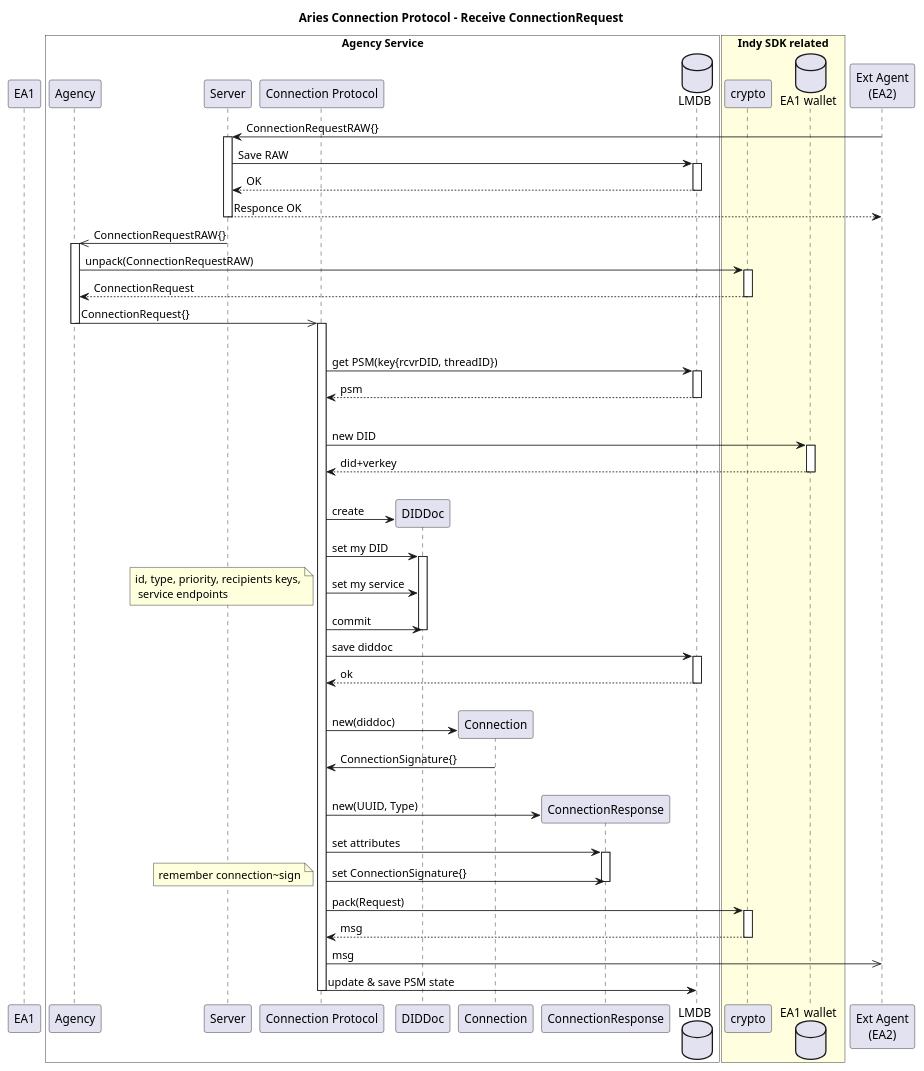
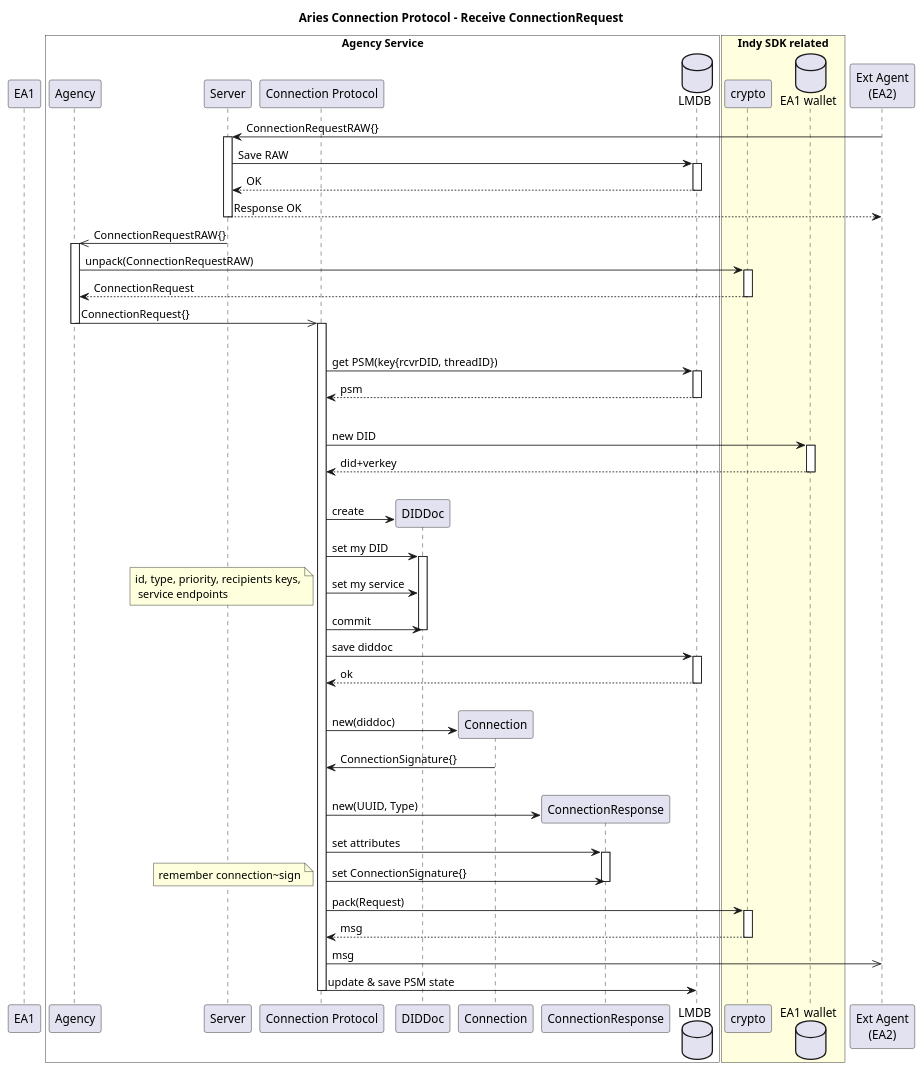
The diagram in docs/puml/protocols/connection-res-in.puml (findy-network/findy-agent), drawn with PlantUML before and after one commit. The commit also changed 3 other files, not shown here.

```diff
--- a/docs/puml/protocols/connection-res-in.puml
+++ b/docs/puml/protocols/connection-res-in.puml
@@ -1,73 +1,73 @@
 @startuml
 title Aries Connection Protocol - Receive ConnectionRequest
 
 Participant "Ext Agent\n(EA2)" as EA2 order 300
 
 box "Agency Service" #white
 	DataBase "LMDB" as Bolt order 100
 	Participant Agency order 10
 	Participant "Server" as http order 15
 	Participant "Connection Protocol" as proto order 16
 	Participant DIDDoc as doc order 17
 	Participant Connection as connObj order 18
 	Participant ConnectionResponse as PW order 20
 end box
 
 box "Indy SDK related" #lightyellow
 	Participant crypto order 190
 	Database "EA1 wallet" as wallet order 200
 end box
 
 Participant EA1 order 1
 
 EA2 -> http++ : ConnectionRequestRAW{}
 http -> Bolt++ : Save RAW
 return OK
-return Responce OK
+return Response OK
 
 http ->> Agency: ConnectionRequestRAW{}
 activate Agency
 Agency -> crypto++ : unpack(ConnectionRequestRAW)
 return ConnectionRequest
 
 Agency ->> proto : ConnectionRequest{}
 deactivate Agency
 activate proto
 |||
 
 proto -> Bolt ++: get PSM(key{rcvrDID, threadID})
 return psm
 |||
 
 proto -> wallet ++ : new DID
 return did+verkey
 |||
 proto -> doc ** : create
 proto -> doc: set my DID
 activate doc
 proto -> doc: set my service
 note left: id, type, priority, recipients keys,\n service endpoints
 proto -> doc: commit
 deactivate doc
 proto -> Bolt ++ : save diddoc
 return ok
 |||
 
 proto -> connObj**: new(diddoc)
 connObj -> proto: ConnectionSignature{}
 |||
 
 proto -> PW ** : new(UUID, Type)
 proto -> PW : set attributes
 activate PW
 proto -> PW : set ConnectionSignature{}
 note left: remember connection~sign
 deactivate PW
 
 proto -> crypto ++ : pack(Request)
 return msg
 proto ->> EA2 : msg
 proto -> Bolt : update & save PSM state
 deactivate proto
 
 @enduml
```
